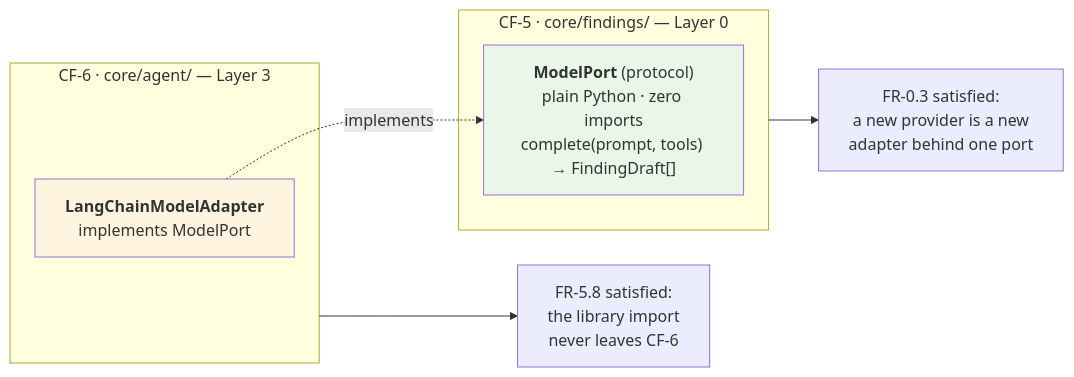
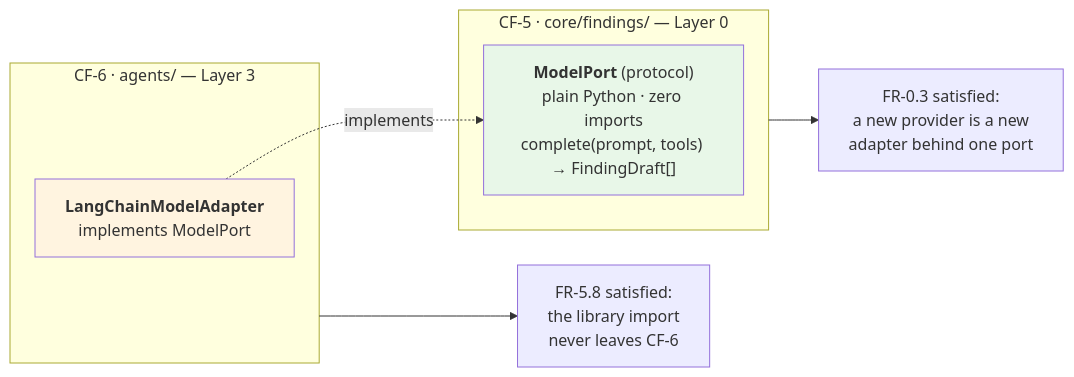
One commit to nhahub/NHA-5-285 changed the sixth of 8 diagrams in Docs/design/01-logical-architecture.md. Above: the diagram before and after it, drawn with Mermaid. The commit also changed other lines of this file and 24 other files, not shown here.

````diff
--- a/Docs/design/01-logical-architecture.md
+++ b/Docs/design/01-logical-architecture.md
@@ -268,15 +268,15 @@
 ```mermaid
 flowchart LR
     subgraph CF5["CF-5 · core/findings/ — Layer 0"]
         PORT["<b>ModelPort</b> (protocol)<br/>plain Python · zero imports<br/>complete(prompt, tools) → FindingDraft[]"]
     end
-    subgraph CF6["CF-6 · core/agent/ — Layer 3"]
+    subgraph CF6["CF-6 · agents/ — Layer 3"]
         ADAPT["<b>LangChainModelAdapter</b><br/>implements ModelPort"]
     end
     ADAPT -.->|"implements"| PORT
     CF5 --> X["FR-0.3 satisfied:<br/>a new provider is a new<br/>adapter behind one port"]
     CF6 --> Y["FR-5.8 satisfied:<br/>the library import<br/>never leaves CF-6"]
 
     style PORT fill:#e8f7e8
     style ADAPT fill:#fff4e0
 ```
````
